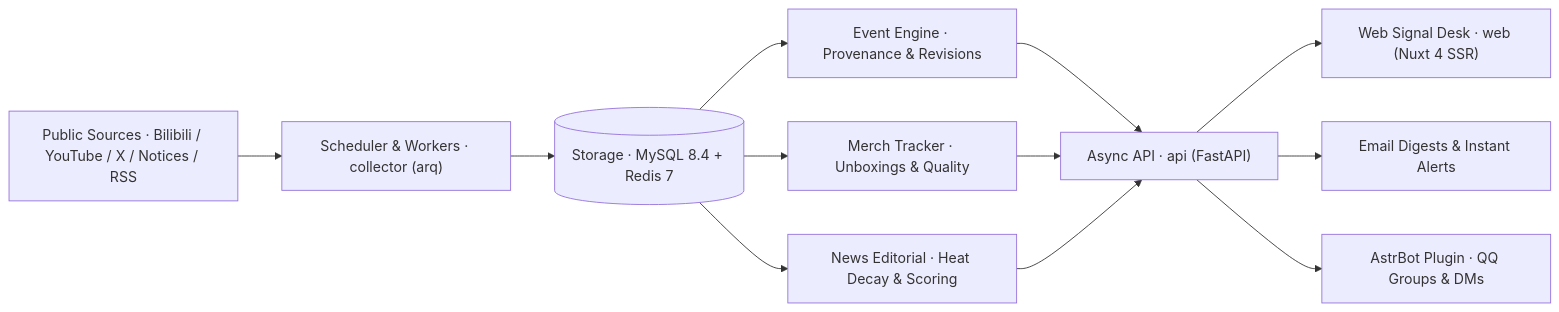
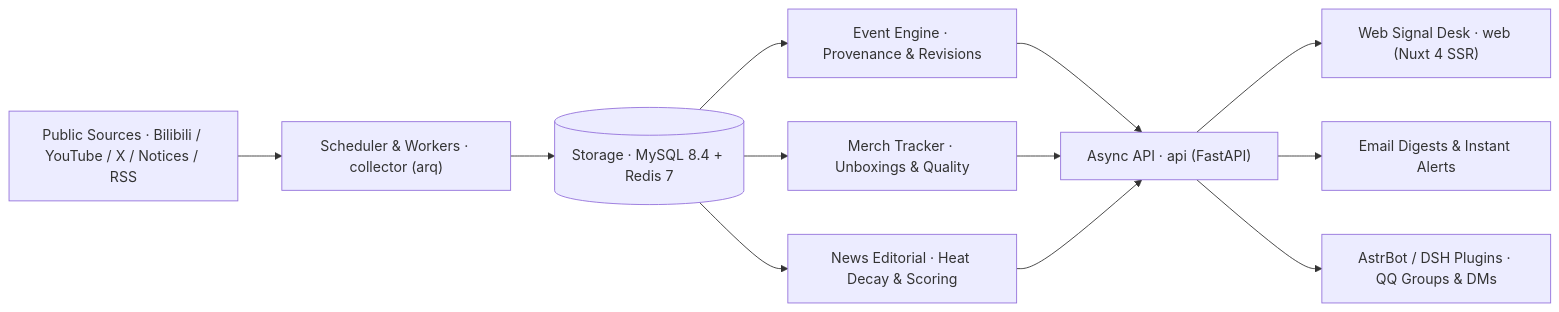
One commit to tianyin231/AniSignal changed the diagram in README.en.md. Above: the diagram before and after it, drawn with Mermaid. The commit also changed other lines of this file and 16 other files, not shown here.

````diff
--- a/README.en.md
+++ b/README.en.md
@@ -90,14 +90,14 @@
 ```mermaid
 flowchart LR
     S["Public Sources · Bilibili / YouTube / X / Notices / RSS"] --> C["Scheduler & Workers · collector (arq)"]
     C --> DB[("Storage · MySQL 8.4 + Redis 7")]
     DB --> E["Event Engine · Provenance & Revisions"]
     DB --> P["Merch Tracker · Unboxings & Quality"]
     DB --> N["News Editorial · Heat Decay & Scoring"]
     E --> API["Async API · api (FastAPI)"]
     P --> API
     N --> API
     API --> W["Web Signal Desk · web (Nuxt 4 SSR)"]
     API --> M["Email Digests & Instant Alerts"]
-    API --> B["AstrBot Plugin · QQ Groups & DMs"]
+    API --> B["AstrBot / DSH Plugins · QQ Groups & DMs"]
 ```
````
